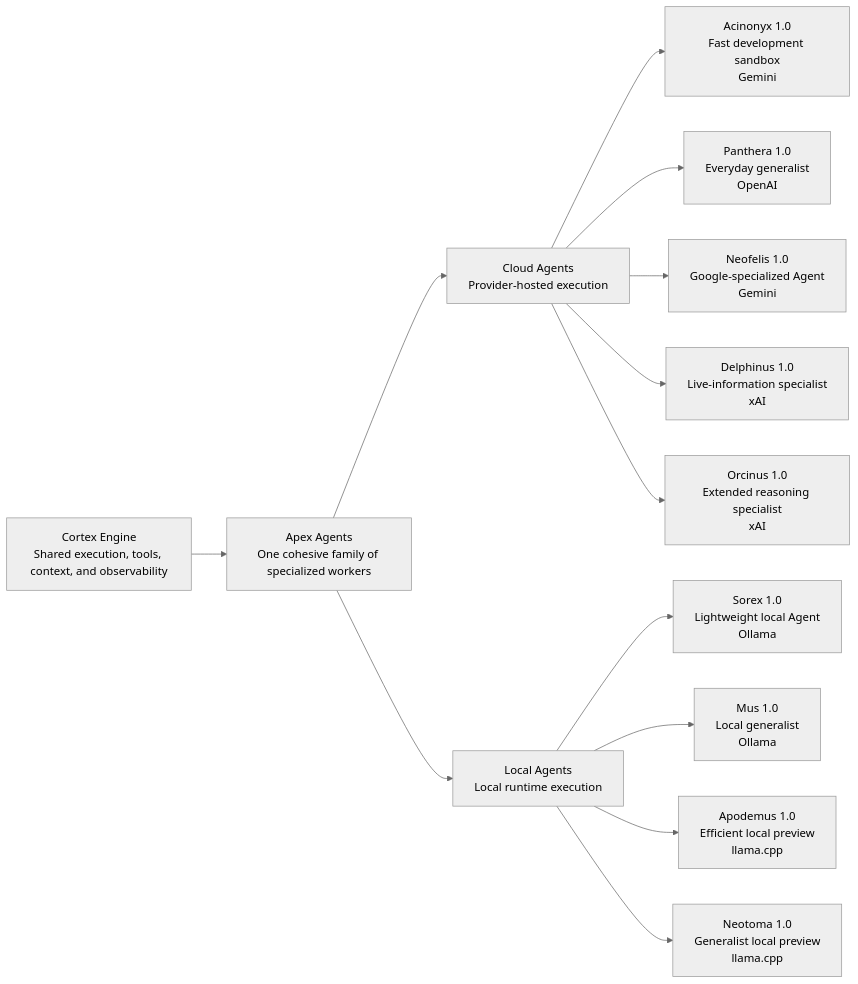
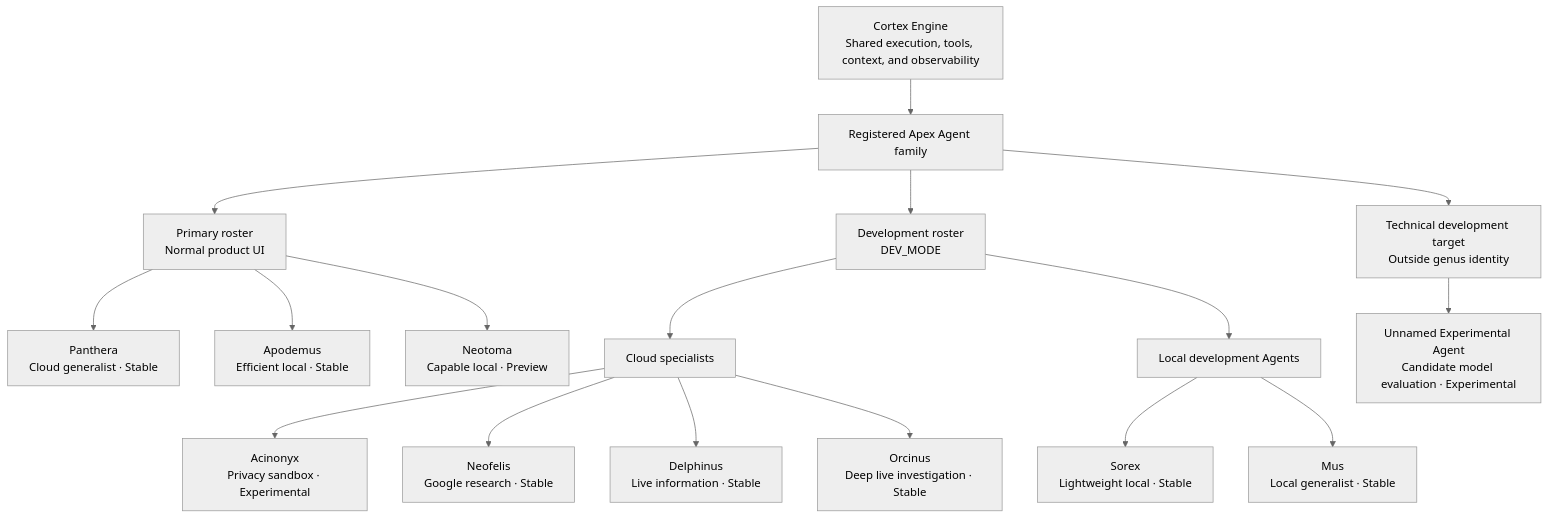
The diagram in docs/identity-and-naming.md (edumarcano/APEX), drawn with Mermaid (neutral theme) before and after one commit. The commit also changed other lines of this file and 61 other files, not shown here.

First line of the commit message:
feat: add DEV_MODE-only Apex Agents (#320)

````diff
--- a/docs/identity-and-naming.md
+++ b/docs/identity-and-naming.md
@@ -134,23 +140,31 @@
 ```mermaid
-flowchart LR
+flowchart TB
     ENGINE["Cortex Engine<br/>Shared execution, tools, context, and observability"]
-    FAMILY["Apex Agents<br/>One cohesive family of specialized workers"]
+    FAMILY["Registered Apex Agent family"]
 
-    CLOUD["Cloud Agents<br/>Provider-hosted execution"]
-    LOCAL["Local Agents<br/>Local runtime execution"]
+    PRIMARY["Primary roster<br/>Normal product UI"]
+    DEV["Development roster<br/>DEV_MODE"]
+    EXP["Technical development target<br/>Outside genus identity"]
 
     ENGINE --> FAMILY
-    FAMILY --> CLOUD
-    FAMILY --> LOCAL
+    FAMILY --> PRIMARY
+    FAMILY --> DEV
+    FAMILY --> EXP
 
-    CLOUD --> ACINONYX["Acinonyx 1.0<br/>Fast development sandbox<br/>Gemini"]
-    CLOUD --> PANTHERA["Panthera 1.0<br/>Everyday generalist<br/>OpenAI"]
-    CLOUD --> NEOFELIS["Neofelis 1.0<br/>Google-specialized Agent<br/>Gemini"]
-    CLOUD --> DELPHINUS["Delphinus 1.0<br/>Live-information specialist<br/>xAI"]
-    CLOUD --> ORCINUS["Orcinus 1.0<br/>Extended reasoning specialist<br/>xAI"]
+    PRIMARY --> PANTHERA["Panthera<br/>Cloud generalist · Stable"]
+    PRIMARY --> APODEMUS["Apodemus<br/>Efficient local · Stable"]
+    PRIMARY --> NEOTOMA["Neotoma<br/>Capable local · Preview"]
 
-    LOCAL --> SOREX["Sorex 1.0<br/>Lightweight local Agent<br/>Ollama"]
-    LOCAL --> MUS["Mus 1.0<br/>Local generalist<br/>Ollama"]
-    LOCAL --> APODEMUS["Apodemus 1.0<br/>Efficient local preview<br/>llama.cpp"]
-    LOCAL --> NEOTOMA["Neotoma 1.0<br/>Generalist local preview<br/>llama.cpp"]
+    DEV --> CLOUDDEV["Cloud specialists"]
+    DEV --> LOCALDEV["Local development Agents"]
+
+    CLOUDDEV --> ACINONYX["Acinonyx<br/>Privacy sandbox · Experimental"]
+    CLOUDDEV --> NEOFELIS["Neofelis<br/>Google research · Stable"]
+    CLOUDDEV --> DELPHINUS["Delphinus<br/>Live information · Stable"]
+    CLOUDDEV --> ORCINUS["Orcinus<br/>Deep live investigation · Stable"]
+
+    LOCALDEV --> SOREX["Sorex<br/>Lightweight local · Stable"]
+    LOCALDEV --> MUS["Mus<br/>Local generalist · Stable"]
+
+    EXP --> UNNAMED["Unnamed Experimental Agent<br/>Candidate model evaluation · Experimental"]
 ```
````
